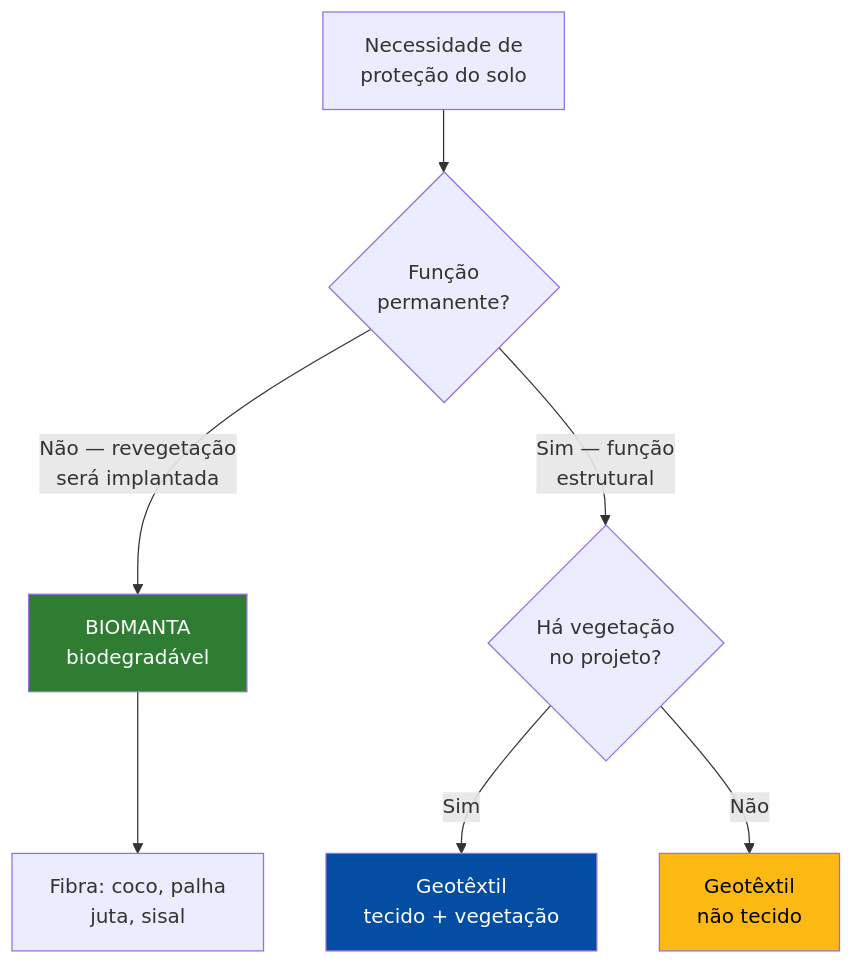
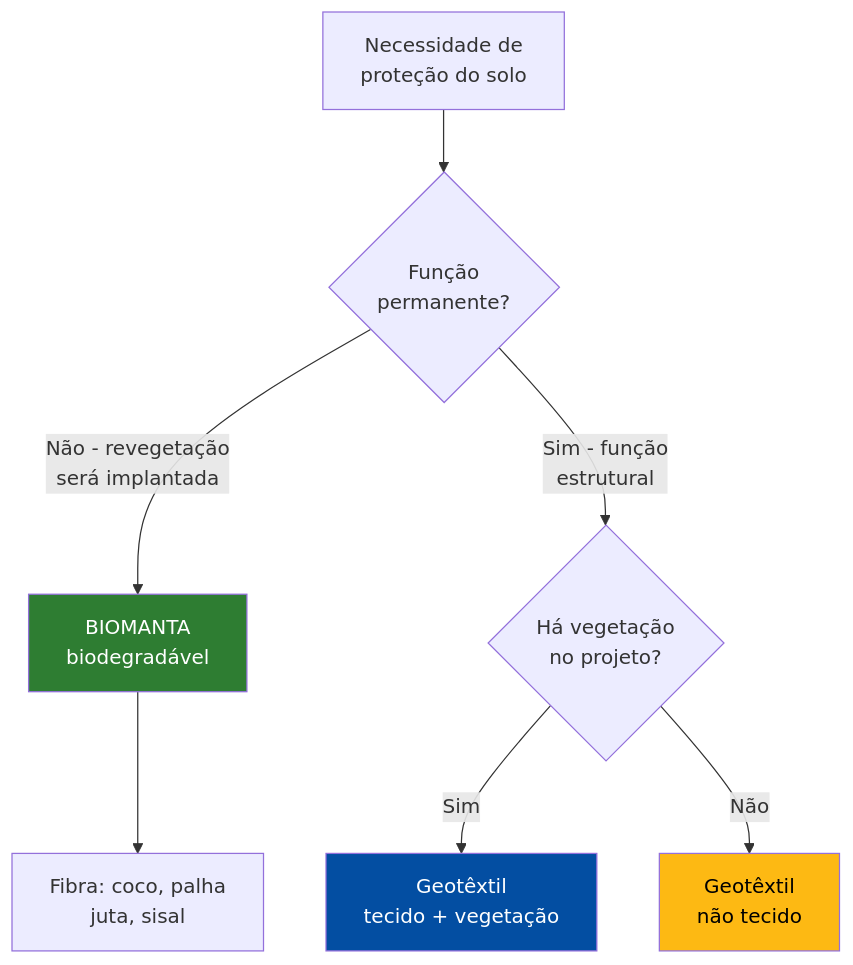
One commit to ldvsantos/cv changed the second of 7 diagrams in aulas/bioengenharia_de_solos/aulas/aula12_biomantas/aula12_biomantas.qmd. Above: the diagram before and after it, drawn with Mermaid. The commit also changed other lines of this file and 396 other files, not shown here.

````diff
--- a/aulas/bioengenharia_de_solos/aulas/aula12_biomantas/aula12_biomantas.qmd
+++ b/aulas/bioengenharia_de_solos/aulas/aula12_biomantas/aula12_biomantas.qmd
@@ -194,13 +194,13 @@
 ```{mermaid}
 %%| fig-width: 5
 graph TD
     A["Necessidade de<br>proteção do solo"] --> B{"Função<br>permanente?"}
-    B -->|"Não — revegetação<br>será implantada"| C["BIOMANTA<br>biodegradável"]
-    B -->|"Sim — função<br>estrutural"| D{"Há vegetação<br>no projeto?"}
+    B -->|"Não - revegetação<br>será implantada"| C["BIOMANTA<br>biodegradável"]
+    B -->|"Sim - função<br>estrutural"| D{"Há vegetação<br>no projeto?"}
     D -->|"Sim"| E["Geotêxtil<br>tecido + vegetação"]
     D -->|"Não"| F["Geotêxtil<br>não tecido"]
     C --> G["Fibra: coco, palha<br>juta, sisal"]
     style C fill:#2E7D32,color:#fff
     style E fill:#034EA2,color:#fff
     style F fill:#FDB913,color:#000
 ```
````
